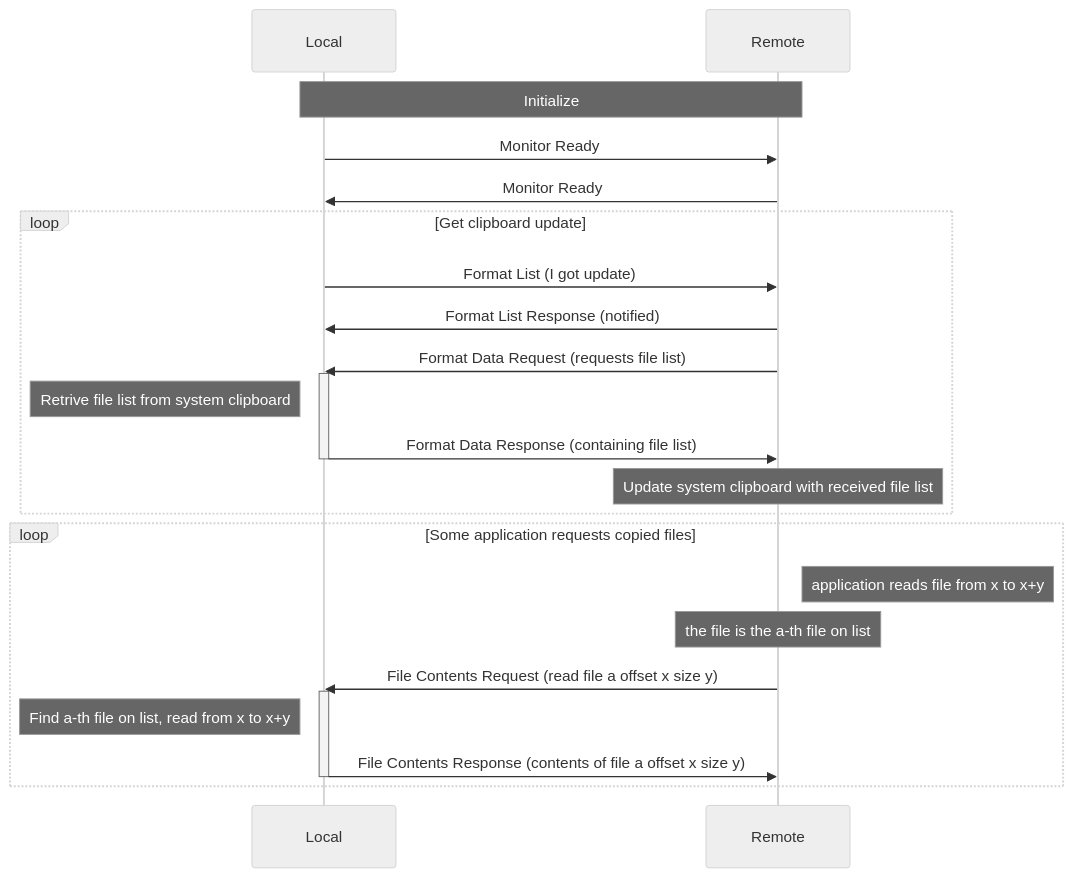
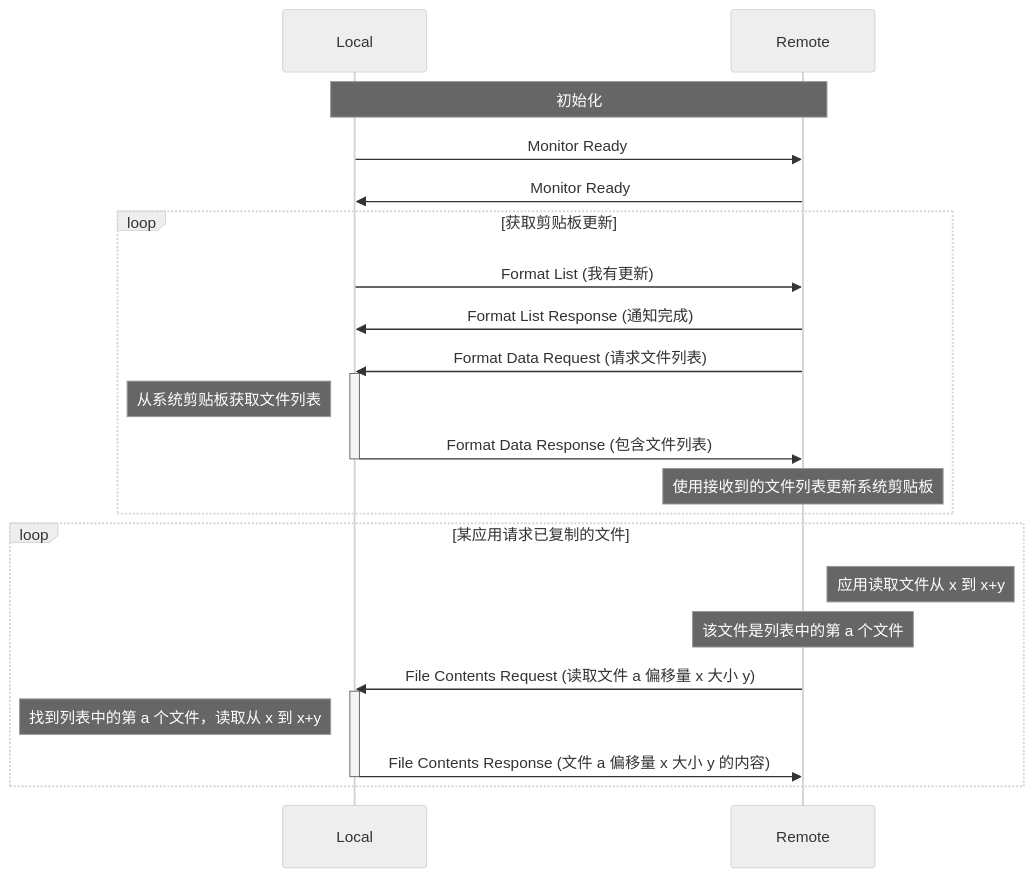
One commit to SwartzMss/mini_rust_desk_clipboard changed the diagram in README.md. Above: the diagram before and after it, drawn with Mermaid (neutral theme). The commit also changed other lines of this file, not shown here.

````diff
--- a/README.md
+++ b/README.md
@@ -41,27 +29,27 @@
 ```mermaid
 sequenceDiagram
     participant l as Local
     participant r as Remote
-    note over l, r: Initialize
+    note over l, r: 初始化
     l ->> r: Monitor Ready
     r ->> l: Monitor Ready
-    loop Get clipboard update
-        l ->> r: Format List (I got update)
-        r ->> l: Format List Response (notified)
-        r ->> l: Format Data Request (requests file list)
+    loop 获取剪贴板更新
+        l ->> r: Format List (我有更新)
+        r ->> l: Format List Response (通知完成)
+        r ->> l: Format Data Request (请求文件列表)
         activate l
-            note left of l: Retrive file list from system clipboard
-            l ->> r: Format Data Response (containing file list)
+            note left of l: 从系统剪贴板获取文件列表
+            l ->> r: Format Data Response (包含文件列表)
         deactivate l
-        note over r: Update system clipboard with received file list
+        note over r: 使用接收到的文件列表更新系统剪贴板
     end
-    loop Some application requests copied files
-        note right of r: application reads file from x to x+y
-        note over r: the file is the a-th file on list
-        r ->> l: File Contents Request (read file a offset x size y)
+    loop 某应用请求已复制的文件
+        note right of r: 应用读取文件从 x 到 x+y
+        note over r: 该文件是列表中的第 a 个文件
+        r ->> l: File Contents Request (读取文件 a 偏移量 x 大小 y)
         activate l
-            note left of l: Find a-th file on list, read from x to x+y
-            l ->> r: File Contents Response (contents of file a offset x size y)
+            note left of l: 找到列表中的第 a 个文件，读取从 x 到 x+y
+            l ->> r: File Contents Response (文件 a 偏移量 x 大小 y 的内容)
         deactivate l
     end
 ```
````
